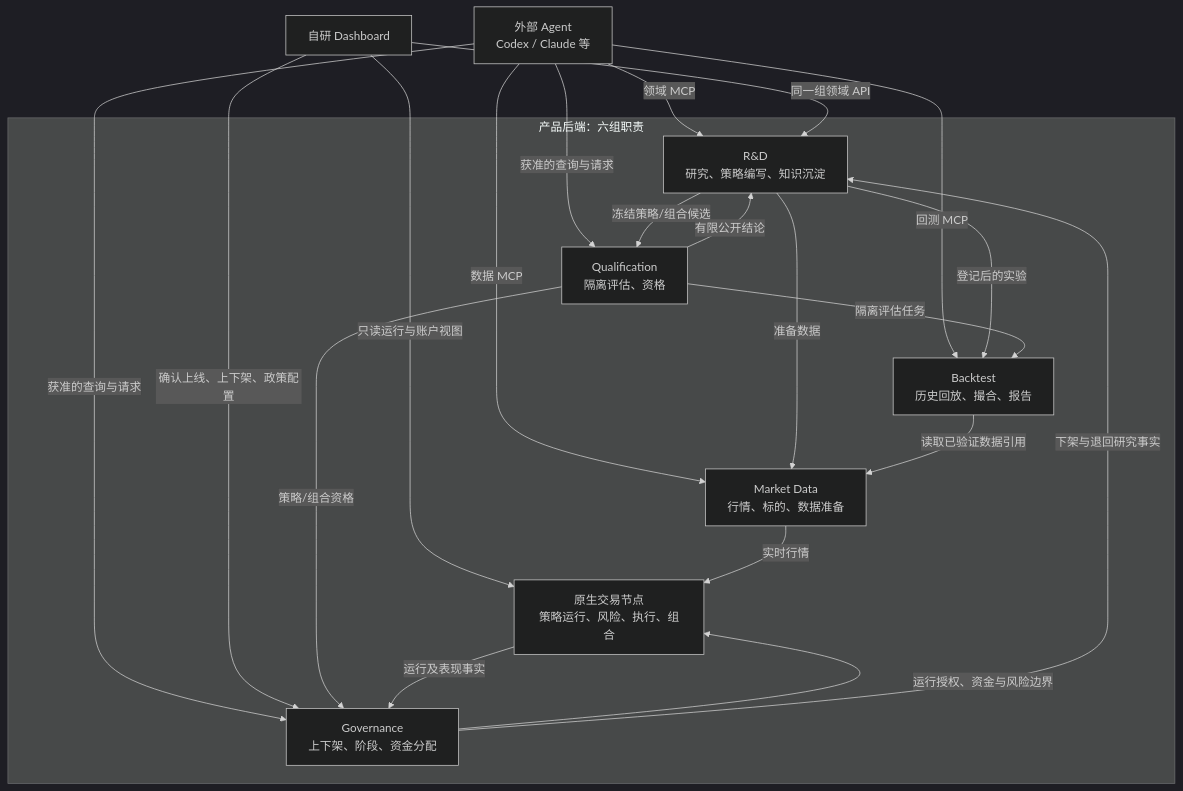
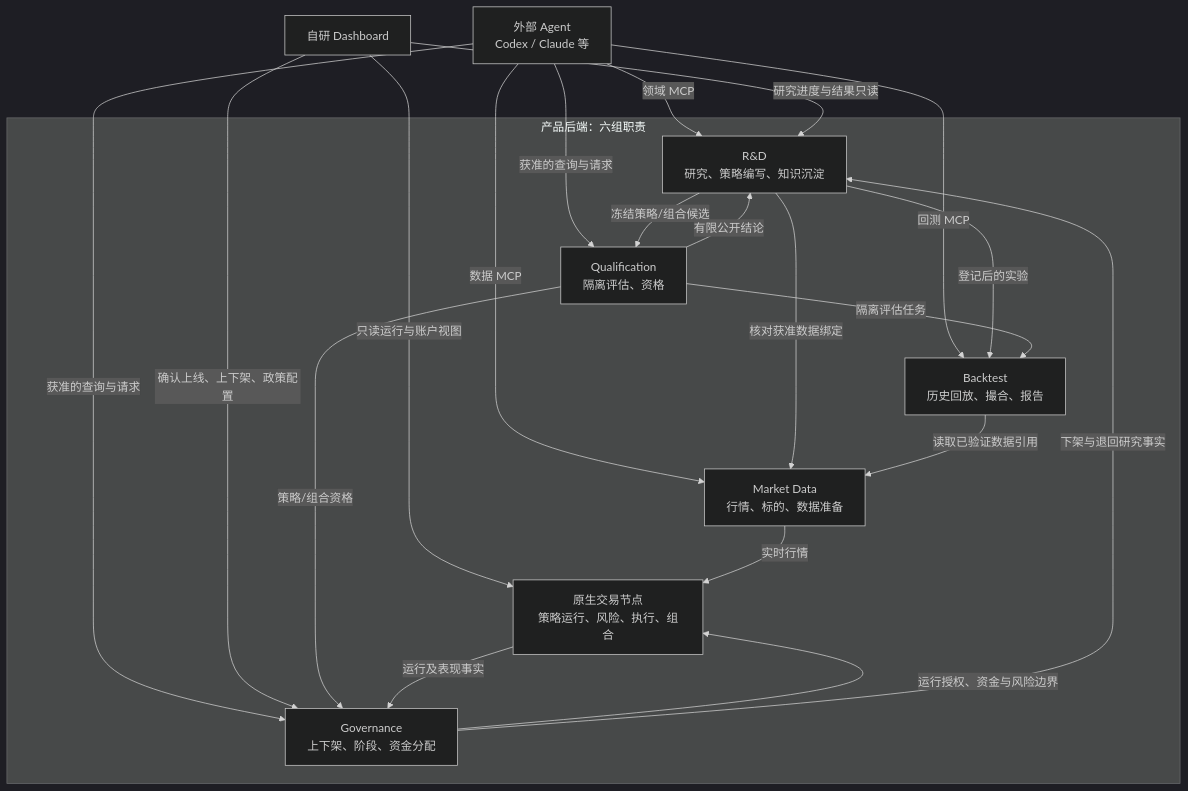
The second of 5 diagrams in docs/architecture/index.zh.md (qOeOp/trade), drawn with Mermaid (dark theme) before and after one commit. The commit also changed other lines of this file and 15 other files, not shown here.

Commit message:
docs(architecture): refine V0.1 R-1 design and native boundaries

````diff
--- a/docs/architecture/index.zh.md
+++ b/docs/architecture/index.zh.md
@@ -427,32 +429,32 @@
 ```mermaid
 flowchart TB
     A["外部 Agent<br/>Codex / Claude 等"]
     D["自研 Dashboard"]
     subgraph Services["产品后端：六组职责"]
         MD["Market Data<br/>行情、标的、数据准备"]
         BT["Backtest<br/>历史回放、撮合、报告"]
         RD["R&D<br/>研究、策略编写、知识沉淀"]
         Q["Qualification<br/>隔离评估、资格"]
         G["Governance<br/>上下架、阶段、资金分配"]
         N["原生交易节点<br/>策略运行、风险、执行、组合"]
     end
     A -->|"领域 MCP"| RD
     A -->|"数据 MCP"| MD
     A -->|"回测 MCP"| BT
     A -->|"获准的查询与请求"| Q
     A -->|"获准的查询与请求"| G
-    D -->|"同一组领域 API"| RD
+    D -->|"研究进度与结果只读"| RD
     D -->|"确认上线、上下架、政策配置"| G
     D -->|"只读运行与账户视图"| N
-    RD -->|"准备数据"| MD
+    RD -->|"核对获准数据绑定"| MD
     RD -->|"登记后的实验"| BT
     BT -->|"读取已验证数据引用"| MD
     RD -->|"冻结策略/组合候选"| Q
     Q -->|"隔离评估任务"| BT
     Q -->|"有限公开结论"| RD
     Q -->|"策略/组合资格"| G
     G -->|"运行授权、资金与风险边界"| N
     MD -->|"实时行情"| N
     N -->|"运行及表现事实"| G
     G -->|"下架与退回研究事实"| RD
 ```
````
